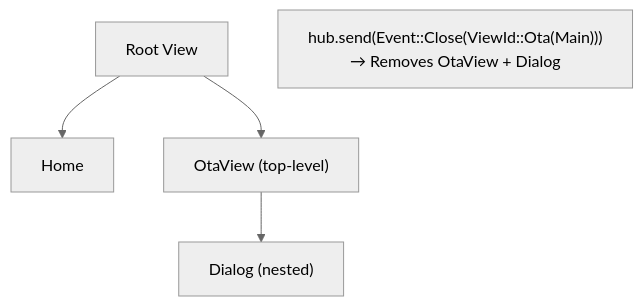
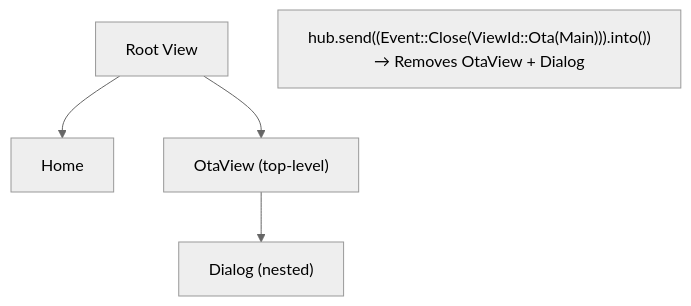
The sixth of 7 diagrams in docs/src/contributing/event-system.md (OGKevin/cadmus), drawn with Mermaid (neutral theme) before and after one commit. The commit also changed other lines of this file and 198 other files, not shown here.

````diff
--- a/docs/src/contributing/event-system.md
+++ b/docs/src/contributing/event-system.md
@@ -286,13 +289,13 @@
 ```mermaid
 flowchart TD
     Root["Root View"]
     Home["Home"]
     OtaView["OtaView (top-level)"]
     Dialog["Dialog (nested)"]
 
     Root --> Home
     Root --> OtaView
     OtaView --> Dialog
 
-    Note["hub.send(Event::Close(ViewId::Ota(Main)))<br/>→ Removes OtaView + Dialog"]
+    Note["hub.send((Event::Close(ViewId::Ota(Main))).into())<br/>→ Removes OtaView + Dialog"]
 ```
````
